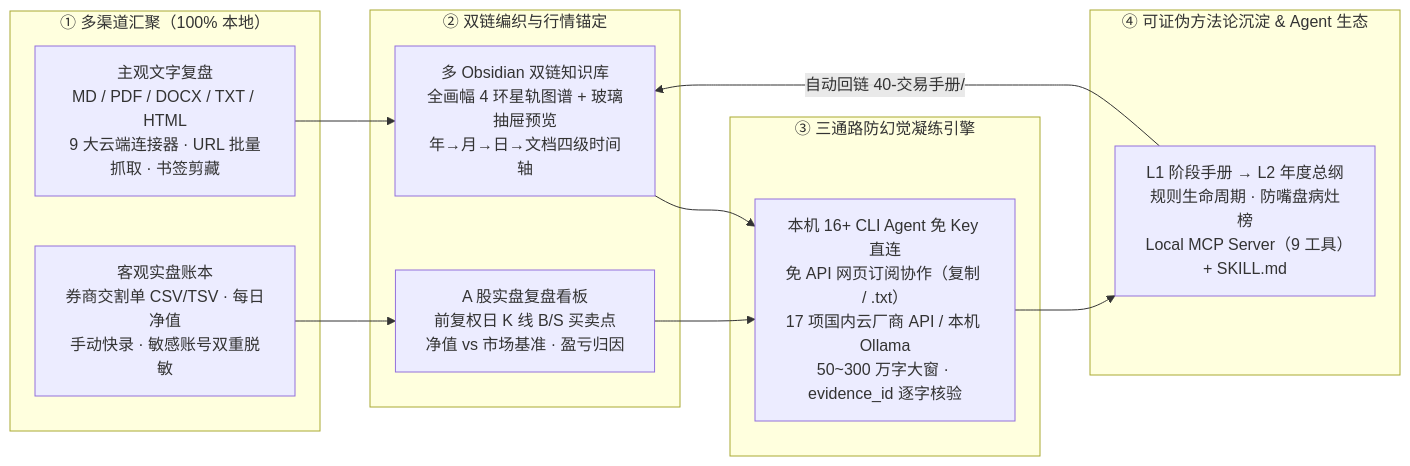
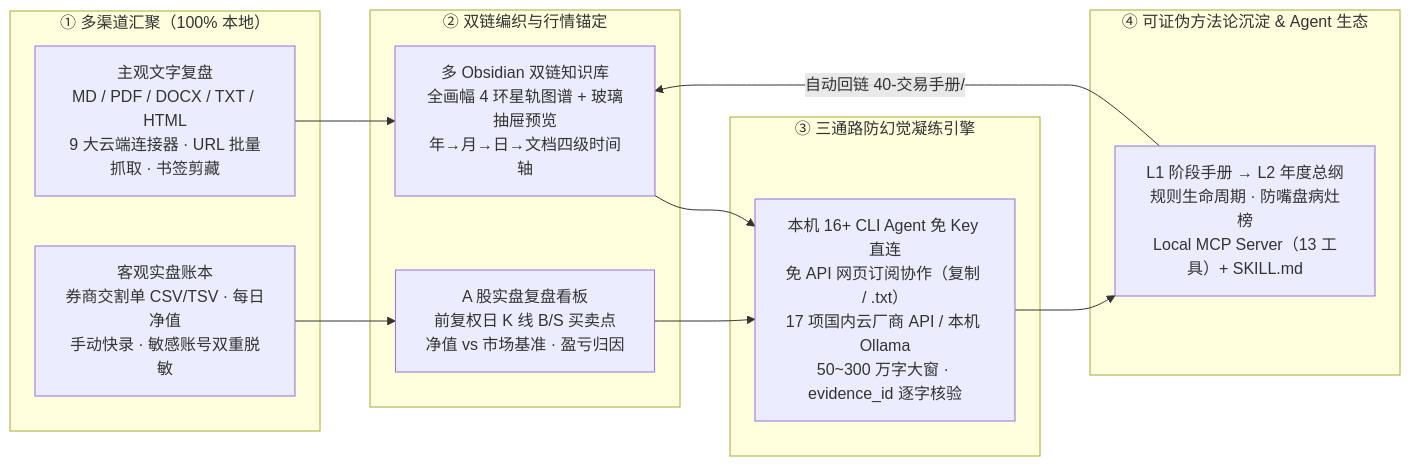
Before and after one commit to DYluke97/TradeLoom: the diagram in README.md, drawn with Mermaid. The commit also changed other lines of this file and 4 other files, not shown here.

Commit message:
feat(mcp): add multi-vault guardrail, local files/folder import, create_vault, url & ledger tools

````diff
--- a/README.md
+++ b/README.md
@@ -59,27 +59,27 @@
 ```mermaid
 flowchart LR
   subgraph Input["① 多渠道汇聚（100% 本地）"]
     A1["主观文字复盘<br/>MD / PDF / DOCX / TXT / HTML<br/>9 大云端连接器 · URL 批量抓取 · 书签剪藏"]
     A2["客观实盘账本<br/>券商交割单 CSV/TSV · 每日净值<br/>手动快录 · 敏感账号双重脱敏"]
   end
 
   subgraph Core["② 双链编织与行情锚定"]
     B1["多 Obsidian 双链知识库<br/>全画幅 4 环星轨图谱 + 玻璃抽屉预览<br/>年→月→日→文档四级时间轴"]
     B2["A 股实盘复盘看板<br/>前复权日 K 线 B/S 买卖点<br/>净值 vs 市场基准 · 盈亏归因"]
   end
 
   subgraph Engine["③ 三通路防幻觉凝练引擎"]
     C["本机 16+ CLI Agent 免 Key 直连<br/>免 API 网页订阅协作（复制 / .txt）<br/>17 项国内云厂商 API / 本机 Ollama<br/>50~300 万字大窗 · evidence_id 逐字核验"]
   end
 
   subgraph Output["④ 可证伪方法论沉淀 & Agent 生态"]
-    D["L1 阶段手册 → L2 年度总纲<br/>规则生命周期 · 防嘴盘病灶榜<br/>Local MCP Server（9 工具）+ SKILL.md"]
+    D["L1 阶段手册 → L2 年度总纲<br/>规则生命周期 · 防嘴盘病灶榜<br/>Local MCP Server（13 工具）+ SKILL.md"]
   end
 
   A1 --> B1
   A2 --> B2
   B1 --> C
   B2 --> C
   C --> D
   D -->|"自动回链 40-交易手册/"| B1
 ```
````
